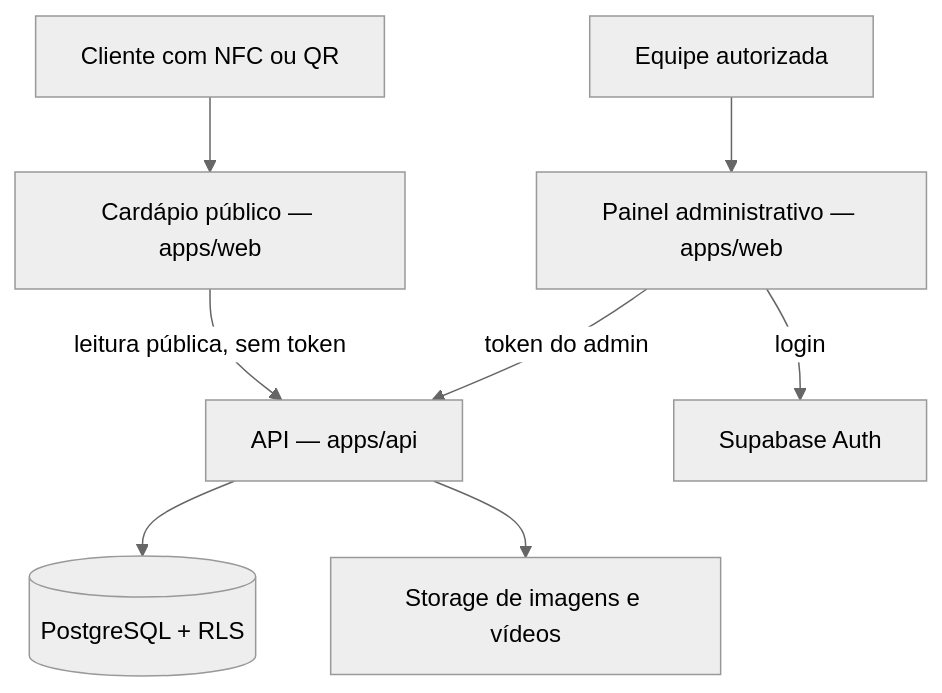
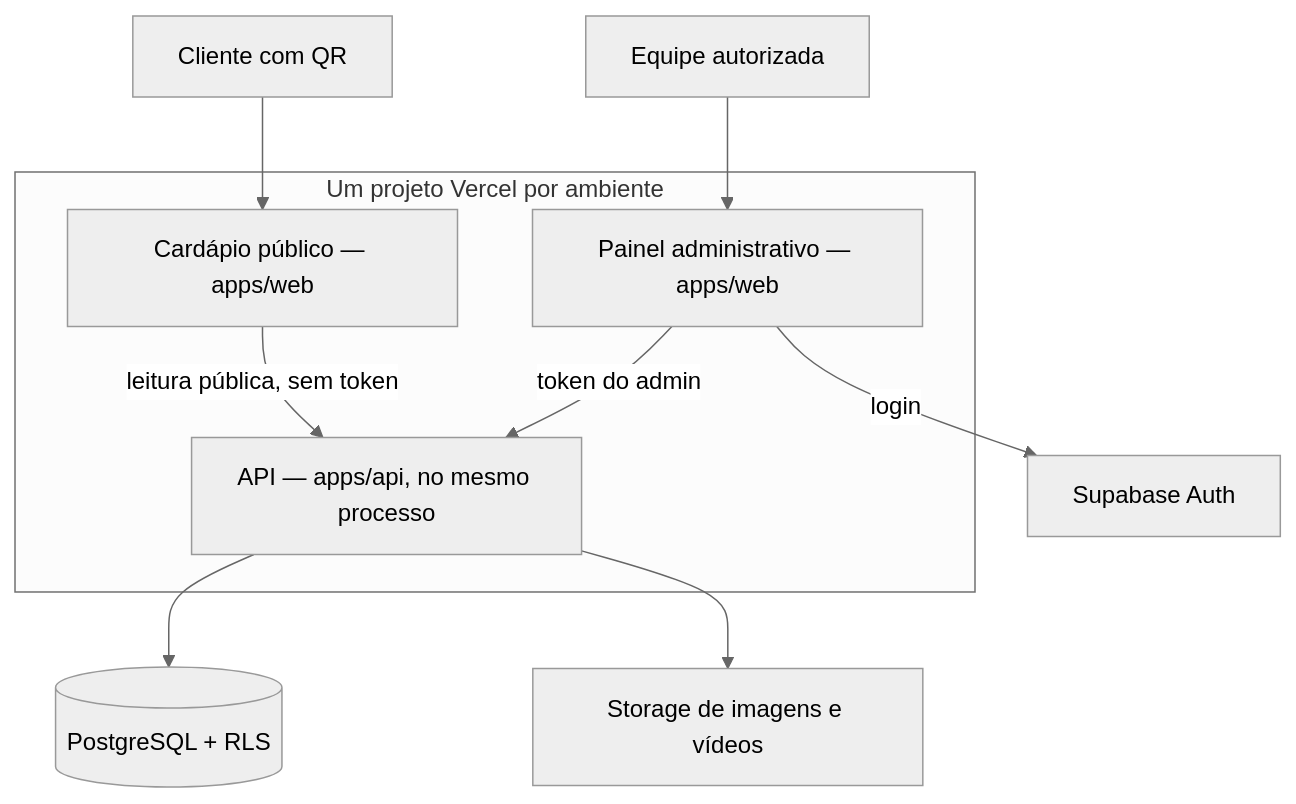
One commit to ManuelFernandoCunhaRodrigues/cardapio-nfc changed the diagram in Salgae_Lanchonete_Obsidian/02-Tecnologia/06-Arquitetura-e-Stack.md. Above: the diagram before and after it, drawn with Mermaid (neutral theme). The commit also changed other lines of this file, not shown here.

First line of the commit message:
docs(vault): arquitetura com a API dentro do site e o vídeo pela API

````diff
--- a/Salgae_Lanchonete_Obsidian/02-Tecnologia/06-Arquitetura-e-Stack.md
+++ b/Salgae_Lanchonete_Obsidian/02-Tecnologia/06-Arquitetura-e-Stack.md
@@ -17,10 +17,15 @@
 ```mermaid
 flowchart TD
-  Cliente[Cliente com NFC ou QR] --> Publico[Cardápio público — apps/web]
+  Cliente[Cliente com QR] --> Publico[Cardápio público — apps/web]
   Equipe[Equipe autorizada] --> Painel[Painel administrativo — apps/web]
-  Publico -- leitura pública, sem token --> Api[API — apps/api]
+  subgraph Projeto[Um projeto Vercel por ambiente]
+    Publico
+    Painel
+    Api[API — apps/api, no mesmo processo]
+  end
+  Publico -- leitura pública, sem token --> Api
   Painel -- token do admin --> Api
   Painel -- login --> Auth[Supabase Auth]
   Api --> Banco[(PostgreSQL + RLS)]
   Api --> Storage[Storage de imagens e vídeos]
 ```
````
